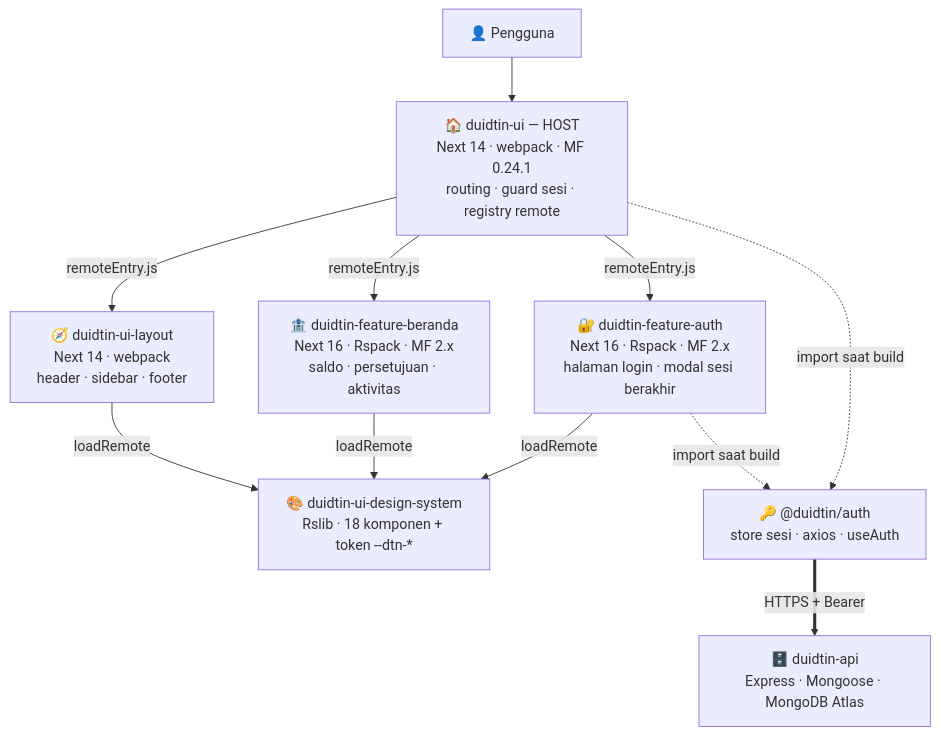
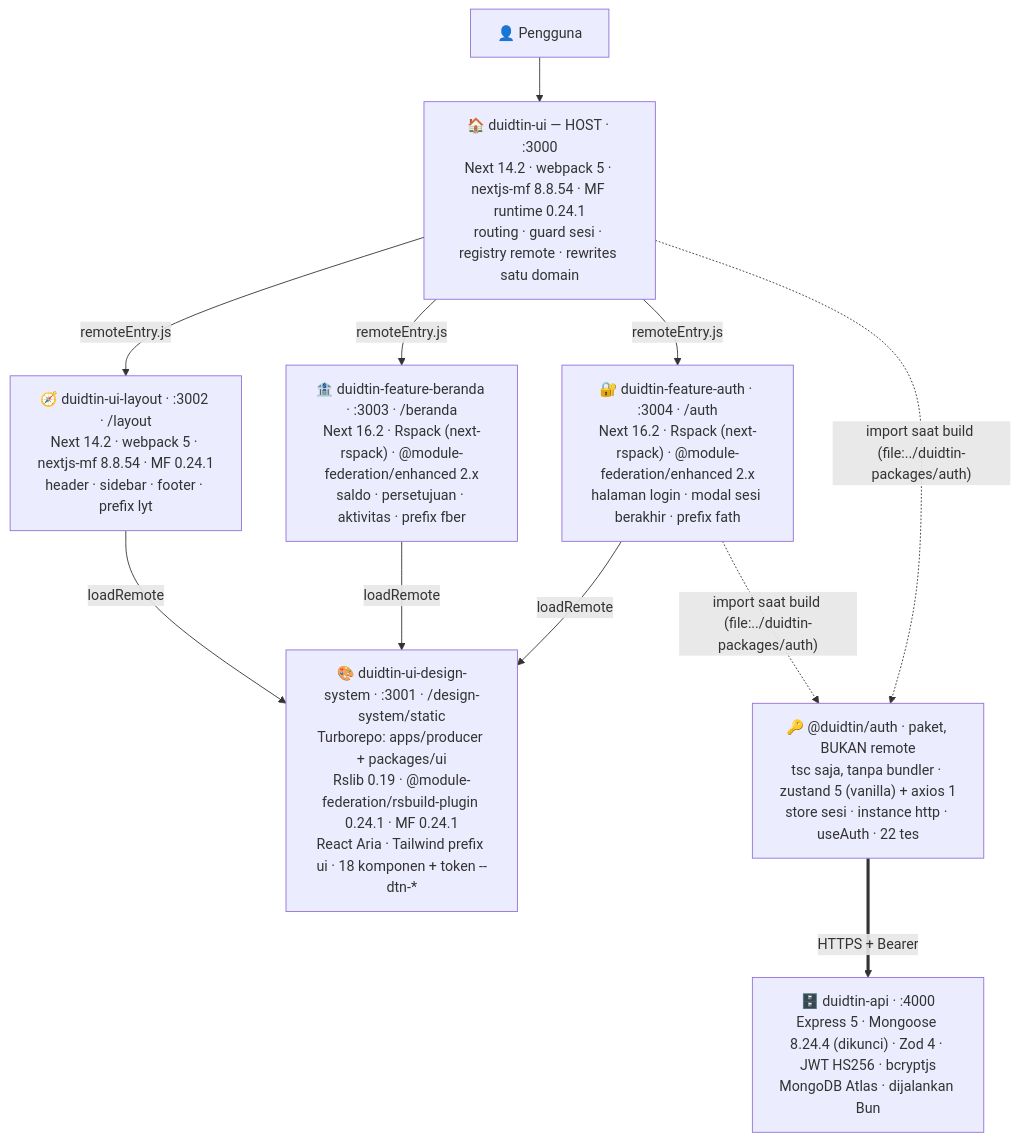
The diagram in README.id.md (AnggaWikaNugraha/super-apps-microfrontend-duidtin), drawn with Mermaid before and after one commit. The commit also changed 1 other file, not shown here.

````diff
--- a/README.id.md
+++ b/README.id.md
@@ -394,19 +394,19 @@
 ```mermaid
 graph TD
   U["👤 Pengguna"] --> H
 
-  H["🏠 duidtin-ui — HOST<br/>Next 14 · webpack · MF 0.24.1<br/>routing · guard sesi · registry remote"]
+  H["🏠 duidtin-ui — HOST · :3000<br/>Next 14.2 · webpack 5 · nextjs-mf 8.8.54 · MF runtime 0.24.1<br/>routing · guard sesi · registry remote · rewrites satu domain"]
 
-  H -- "remoteEntry.js" --> L["🧭 duidtin-ui-layout<br/>Next 14 · webpack<br/>header · sidebar · footer"]
-  H -- "remoteEntry.js" --> B["🏦 duidtin-feature-beranda<br/>Next 16 · Rspack · MF 2.x<br/>saldo · persetujuan · aktivitas"]
-  H -- "remoteEntry.js" --> A["🔐 duidtin-feature-auth<br/>Next 16 · Rspack · MF 2.x<br/>halaman login · modal sesi berakhir"]
+  H -- "remoteEntry.js" --> L["🧭 duidtin-ui-layout · :3002 · /layout<br/>Next 14.2 · webpack 5 · nextjs-mf 8.8.54 · MF 0.24.1<br/>header · sidebar · footer · prefix lyt"]
+  H -- "remoteEntry.js" --> B["🏦 duidtin-feature-beranda · :3003 · /beranda<br/>Next 16.2 · Rspack (next-rspack) · @module-federation/enhanced 2.x<br/>saldo · persetujuan · aktivitas · prefix fber"]
+  H -- "remoteEntry.js" --> A["🔐 duidtin-feature-auth · :3004 · /auth<br/>Next 16.2 · Rspack (next-rspack) · @module-federation/enhanced 2.x<br/>halaman login · modal sesi berakhir · prefix fath"]
 
-  L -- "loadRemote" --> DS["🎨 duidtin-ui-design-system<br/>Rslib · 18 komponen + token --dtn-*"]
+  L -- "loadRemote" --> DS["🎨 duidtin-ui-design-system · :3001 · /design-system/static<br/>Turborepo: apps/producer + packages/ui<br/>Rslib 0.19 · @module-federation/rsbuild-plugin 0.24.1 · MF 0.24.1<br/>React Aria · Tailwind prefix ui · 18 komponen + token --dtn-*"]
   B -- "loadRemote" --> DS
   A -- "loadRemote" --> DS
 
-  H -. "import saat build" .-> P["🔑 @duidtin/auth<br/>store sesi · axios · useAuth"]
-  A -. "import saat build" .-> P
+  H -. "import saat build (file:../duidtin-packages/auth)" .-> P["🔑 @duidtin/auth · paket, BUKAN remote<br/>tsc saja, tanpa bundler · zustand 5 (vanilla) + axios 1<br/>store sesi · instance http · useAuth · 22 tes"]
+  A -. "import saat build (file:../duidtin-packages/auth)" .-> P
 
-  P == "HTTPS + Bearer" ==> API["🗄️ duidtin-api<br/>Express · Mongoose · MongoDB Atlas"]
+  P == "HTTPS + Bearer" ==> API["🗄️ duidtin-api · :4000<br/>Express 5 · Mongoose 8.24.4 (dikunci) · Zod 4 · JWT HS256 · bcryptjs<br/>MongoDB Atlas · dijalankan Bun"]
 ```
````
